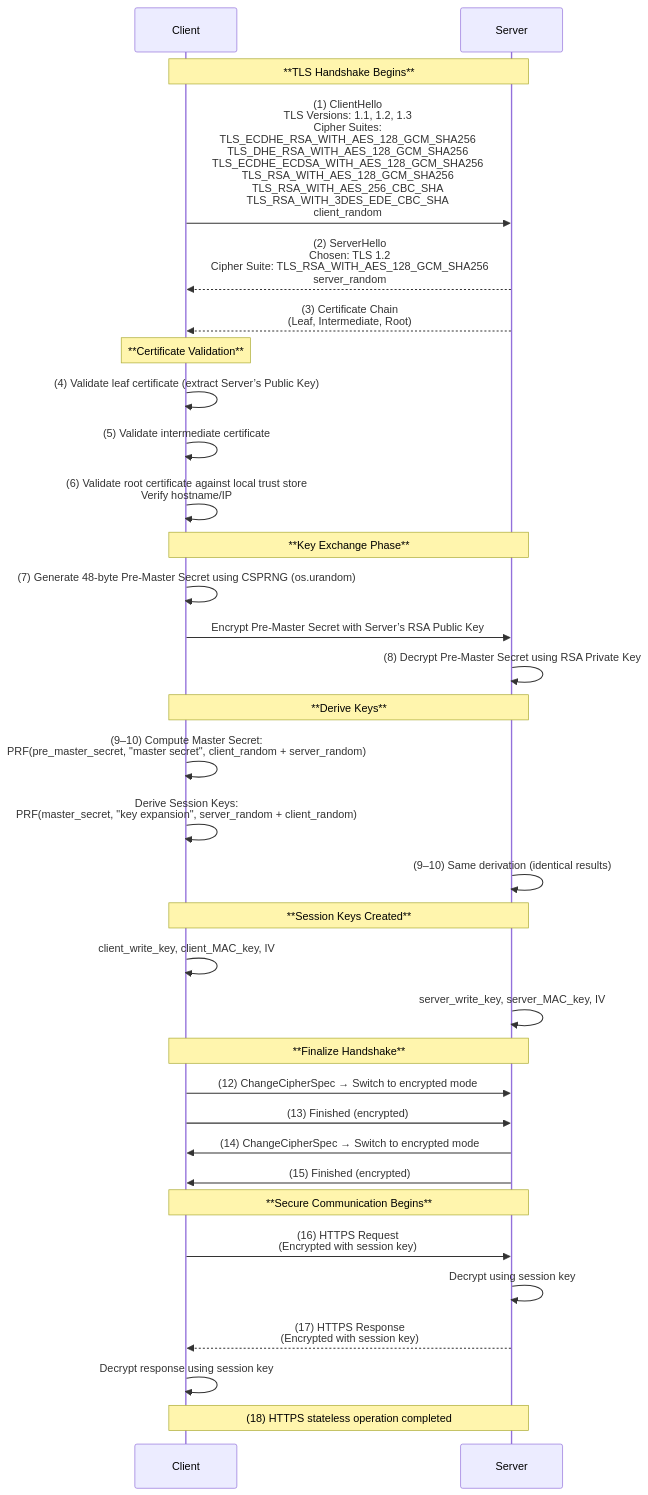
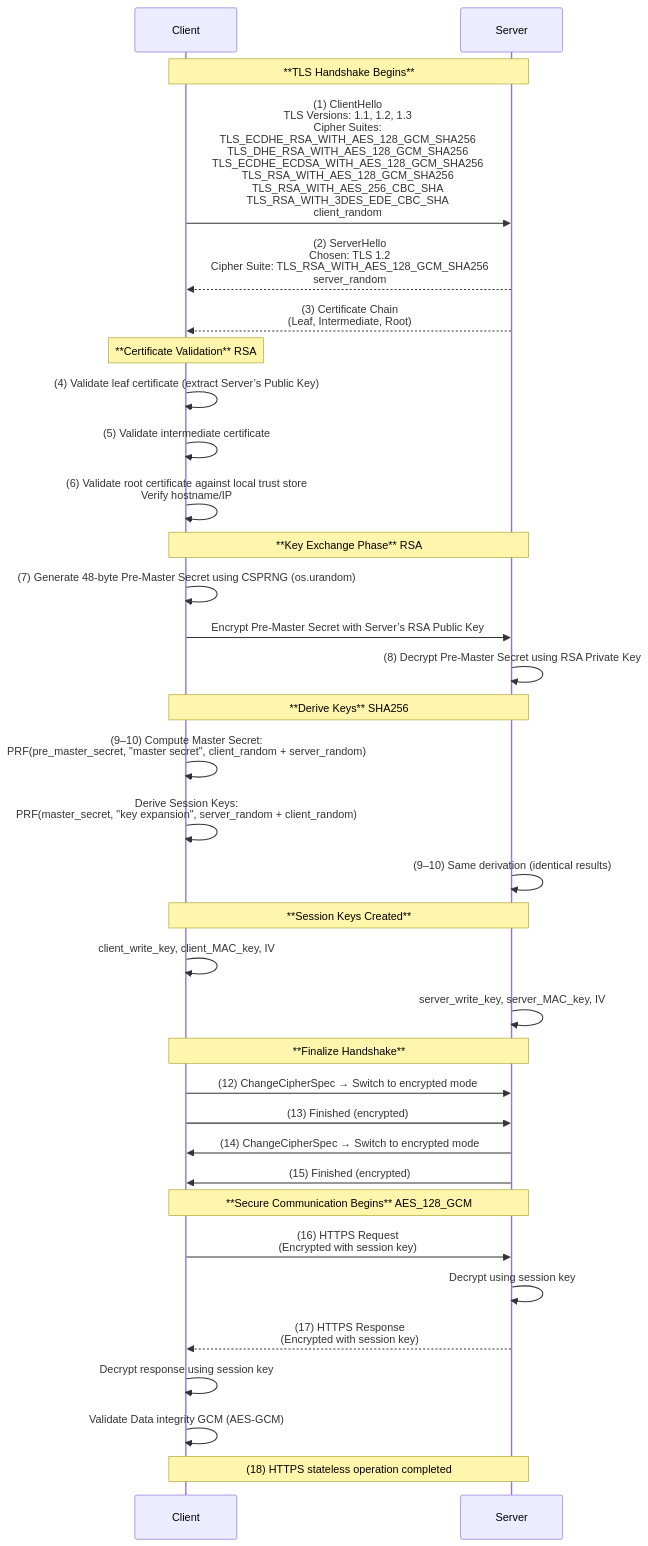
One commit to progvocab/products-service changed the second of 2 diagrams in design/system-design/browser/ssl/TLS1_2.md. Above: the diagram before and after it, drawn with Mermaid. The commit also changed other lines of this file, not shown here.

First line of the commit message:
Enhance TLS 1.2 documentation with RSA details

````diff
--- a/design/system-design/browser/ssl/TLS1_2.md
+++ b/design/system-design/browser/ssl/TLS1_2.md
@@ -26,52 +26,52 @@
 ```mermaid
 sequenceDiagram
     %% =============================
     %% TLS 1.2 HANDSHAKE (RSA MODE)
     %% =============================
 
     participant Client
     participant Server
     
     
 
     Note over Client,Server: **TLS Handshake Begins**
 
     Client->>Server: (1) ClientHello<br/>TLS Versions: 1.1, 1.2, 1.3<br/>Cipher Suites:<br/>TLS_ECDHE_RSA_WITH_AES_128_GCM_SHA256<br/>TLS_DHE_RSA_WITH_AES_128_GCM_SHA256<br/>TLS_ECDHE_ECDSA_WITH_AES_128_GCM_SHA256<br/>TLS_RSA_WITH_AES_128_GCM_SHA256<br/>TLS_RSA_WITH_AES_256_CBC_SHA<br/>TLS_RSA_WITH_3DES_EDE_CBC_SHA<br/>client_random
     Server-->>Client: (2) ServerHello<br/>Chosen: TLS 1.2<br/>Cipher Suite: TLS_RSA_WITH_AES_128_GCM_SHA256<br/>server_random
     Server-->>Client: (3) Certificate Chain<br/>(Leaf, Intermediate, Root)
 
-    Note over Client: **Certificate Validation**
+    Note over Client: **Certificate Validation** RSA
     Client->>Client: (4) Validate leaf certificate (extract Server’s Public Key)
     Client->>Client: (5) Validate intermediate certificate
     Client->>Client: (6) Validate root certificate against local trust store<br/>Verify hostname/IP
 
-    Note over Client,Server: **Key Exchange Phase**
+    Note over Client,Server: **Key Exchange Phase** RSA
 
     Client->>Client: (7) Generate 48-byte Pre-Master Secret using CSPRNG (os.urandom)
     Client->>Server: Encrypt Pre-Master Secret with Server’s RSA Public Key
     Server->>Server: (8) Decrypt Pre-Master Secret using RSA Private Key
 
-    Note over Client,Server: **Derive Keys**
+    Note over Client,Server: **Derive Keys** SHA256
     Client->>Client: (9–10) Compute Master Secret:<br/>PRF(pre_master_secret, "master secret", client_random + server_random)
     Client->>Client: Derive Session Keys:<br/>PRF(master_secret, "key expansion", server_random + client_random)
     Server->>Server: (9–10) Same derivation (identical results)
 
     Note over Client,Server: **Session Keys Created**
     Client->>Client: client_write_key, client_MAC_key, IV
     Server->>Server: server_write_key, server_MAC_key, IV
 
     Note over Client,Server: **Finalize Handshake**
     Client->>Server: (12) ChangeCipherSpec → Switch to encrypted mode
     Client->>Server: (13) Finished (encrypted)
     Server->>Client: (14) ChangeCipherSpec → Switch to encrypted mode
     Server->>Client: (15) Finished (encrypted)
 
-    Note over Client,Server: **Secure Communication Begins**
+    Note over Client,Server: **Secure Communication Begins** AES_128_GCM
 
     Client->>Server: (16) HTTPS Request<br/>(Encrypted with session key)
     Server->>Server: Decrypt using session key
     Server-->>Client: (17) HTTPS Response<br/>(Encrypted with session key)
     Client->>Client: Decrypt response using session key
-
+    Client->>Client: Validate Data integrity GCM (AES-GCM)
     Note over Client,Server: (18) HTTPS stateless operation completed
 ```
````
